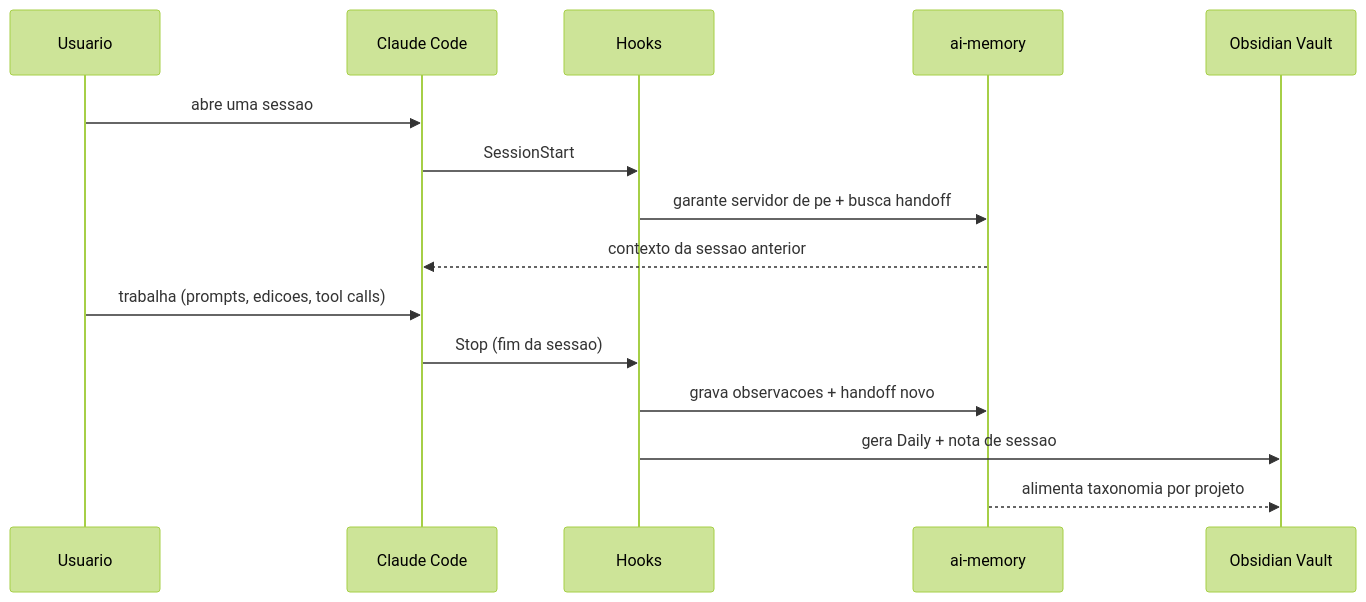
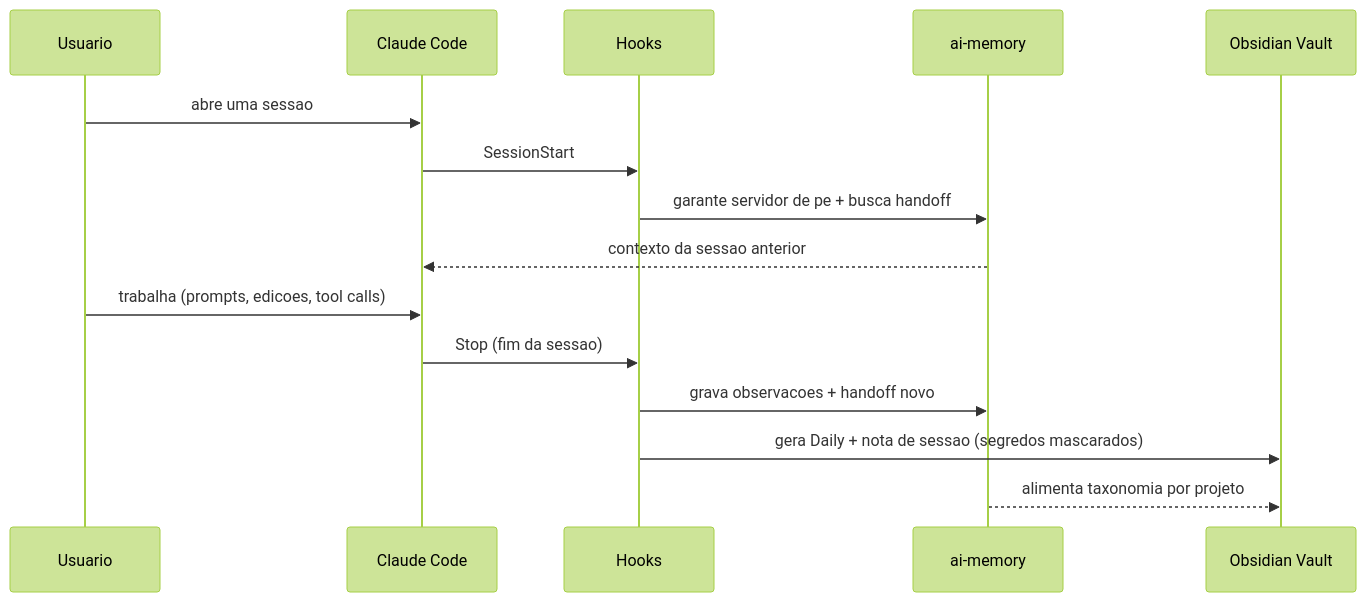
Before and after one commit to murilolol/muri-saver: the diagram in README.md, drawn with Mermaid (forest theme). The commit also changed other lines of this file and 14 other files, not shown here.

First line of the commit message:
v2 documentation: English README, changelog, roadmap, troubleshooting

````diff
--- a/README.md
+++ b/README.md
@@ -141,18 +173,18 @@
 ```mermaid
 sequenceDiagram
     participant U as Usuario
     participant CC as Claude Code
     participant H as Hooks
     participant AM as ai-memory
     participant V as Obsidian Vault
 
     U->>CC: abre uma sessao
     CC->>H: SessionStart
     H->>AM: garante servidor de pe + busca handoff
     AM-->>CC: contexto da sessao anterior
     U->>CC: trabalha (prompts, edicoes, tool calls)
     CC->>H: Stop (fim da sessao)
     H->>AM: grava observacoes + handoff novo
-    H->>V: gera Daily + nota de sessao
+    H->>V: gera Daily + nota de sessao (segredos mascarados)
     AM-->>V: alimenta taxonomia por projeto
 ```
````
